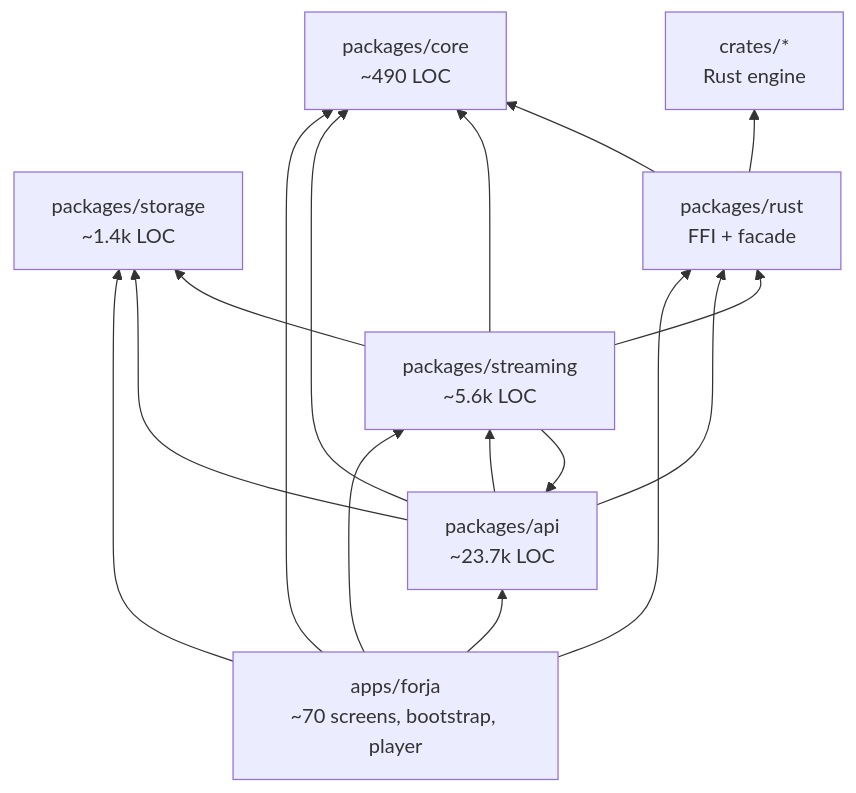
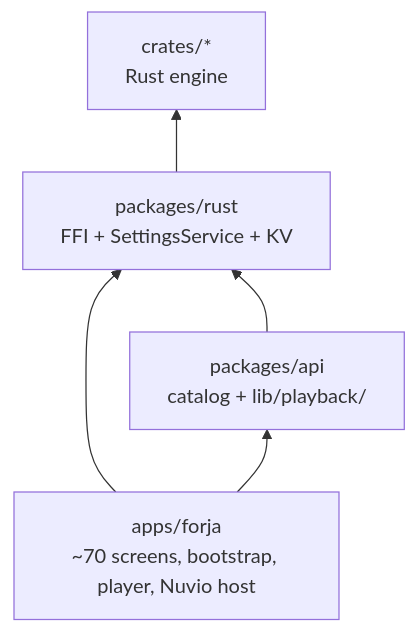
One commit to mGhassen/Forja changed the first of 2 diagrams in docs/INVENTORY.md. Above: the diagram before and after it, drawn with Mermaid. The commit also changed other lines of this file and 5 other files, not shown here.

Commit message:
refactor: Replace HTTP client calls with Rust integration in PasteShDecryptor and M3uFetcher; update architecture documentation to reflect the removal of legacy packages and clarify the current state of the project

````diff
--- a/docs/INVENTORY.md
+++ b/docs/INVENTORY.md
@@ -17,16 +17,11 @@
 ```mermaid
 flowchart BT
-  app["apps/forja\n~70 screens, bootstrap, player"]
-  api["packages/api\n~23.7k LOC"]
-  streaming["packages/streaming\n~5.6k LOC"]
-  storage["packages/storage\n~1.4k LOC"]
-  core["packages/core\n~490 LOC"]
-  rustPkg["packages/rust\nFFI + facade"]
+  app["apps/forja\n~70 screens, bootstrap, player, Nuvio host"]
+  api["packages/api\ncatalog + lib/playback/"]
+  rustPkg["packages/rust\nFFI + SettingsService + KV"]
   crates["crates/*\nRust engine"]
 
-  app --> api & streaming & storage & core & rustPkg
-  api --> storage & streaming & core & rustPkg
-  streaming --> api & storage & core & rustPkg
-  rustPkg --> core
+  app --> api & rustPkg
+  api --> rustPkg
   rustPkg --> crates
 ```
````
